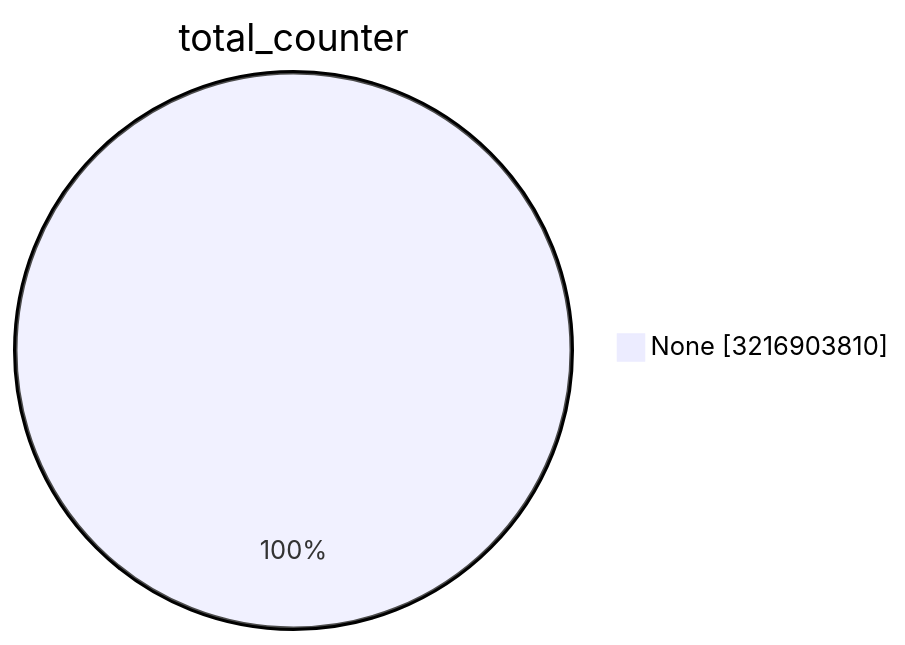
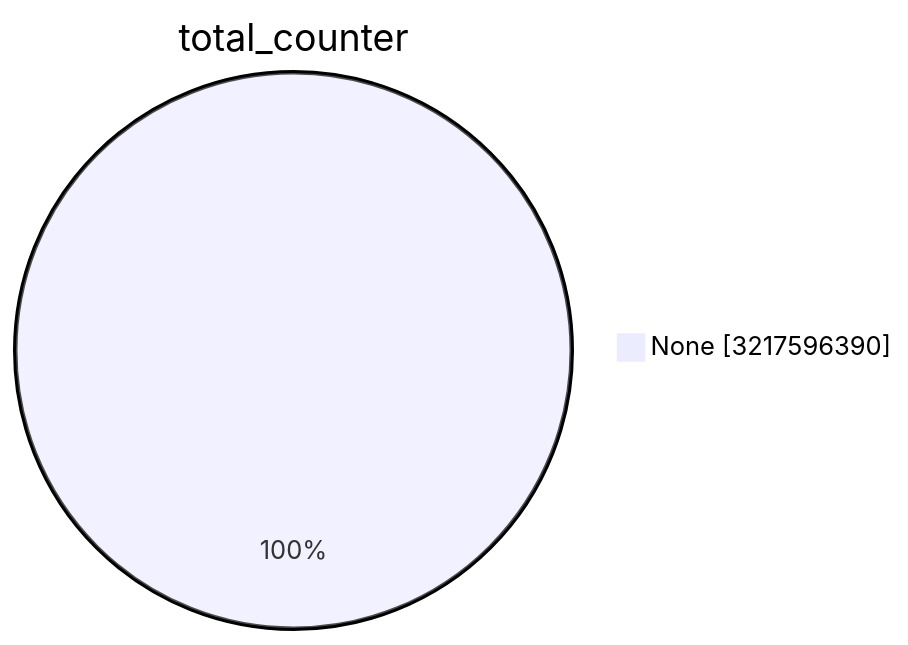
The first of 15 diagrams in TOTAL/README.md (christiankrug/ctmonitor_visualization), drawn with Mermaid before and after one commit. The commit also changed other lines of this file, not shown here.

````diff
--- a/TOTAL/README.md
+++ b/TOTAL/README.md
@@ -1,5 +1,5 @@
 ```mermaid
 pie showData
 title total_counter
-"None" :3216903810
+"None" :3217596390
 ```
````
